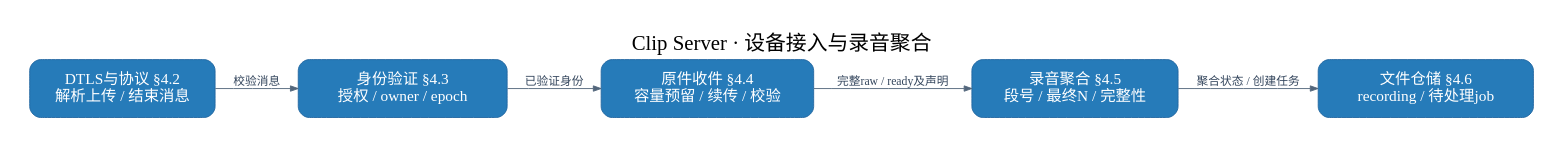
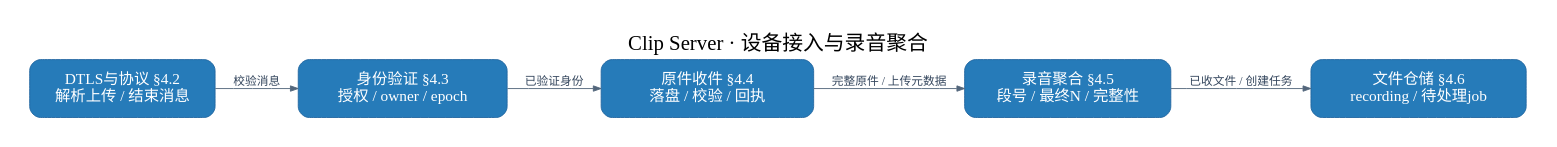
The diagram in docs/assets/diagrams/09a-clip-ingest.dot (boboliu-1010/speaker), drawn with Graphviz before and after one commit. The commit also changed 4 other files, not shown here.

```diff
--- a/docs/assets/diagrams/09a-clip-ingest.dot
+++ b/docs/assets/diagrams/09a-clip-ingest.dot
@@ -1,14 +1,14 @@
 digraph G {
 graph [rankdir=LR, bgcolor="white", pad="0.35", nodesep="0.4", ranksep="0.55", splines=line, fontname="PingFang SC", fontsize=23, labelloc=t, label="Clip Server · 设备接入与录音聚合"];
 node [shape=box, style="rounded,filled", fillcolor="#267bb9", color="#2366a0", fontcolor=white, fontname="PingFang SC", fontsize=17, margin="0.22,0.18"];
 edge [fontname="PingFang SC", fontsize=13, color="#53667c", fontcolor="#34465d", arrowsize=0.85];
 n0 [width=2.85, label="DTLS与协议 §4.2\n解析上传 / 结束消息"];
 n1 [width=3.21, label="身份验证 §4.3\n授权 / owner / epoch"];
-n2 [width=3.26, label="原件收件 §4.4\n容量预留 / 续传 / 校验"];
+n2 [width=3.26, label="原件收件 §4.4\n落盘 / 校验 / 回执"];
 n3 [width=3.16, label="录音聚合 §4.5\n段号 / 最终N / 完整性"];
 n4 [width=3.31, label="文件仓储 §4.6\nrecording / 待处理job"];
 n0 -> n1 [label="校验消息"];
 n1 -> n2 [label="已验证身份"];
-n2 -> n3 [label="完整raw / ready及声明"];
-n3 -> n4 [label="聚合状态 / 创建任务"];
+n2 -> n3 [label="完整原件 / 上传元数据"];
+n3 -> n4 [label="已收文件 / 创建任务"];
 }
```
